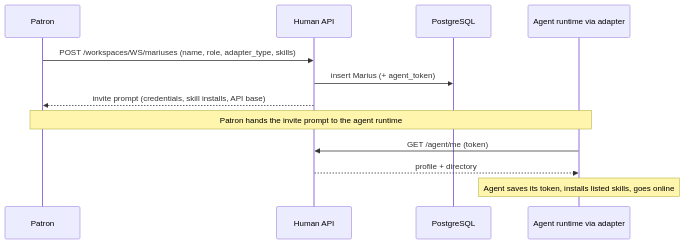
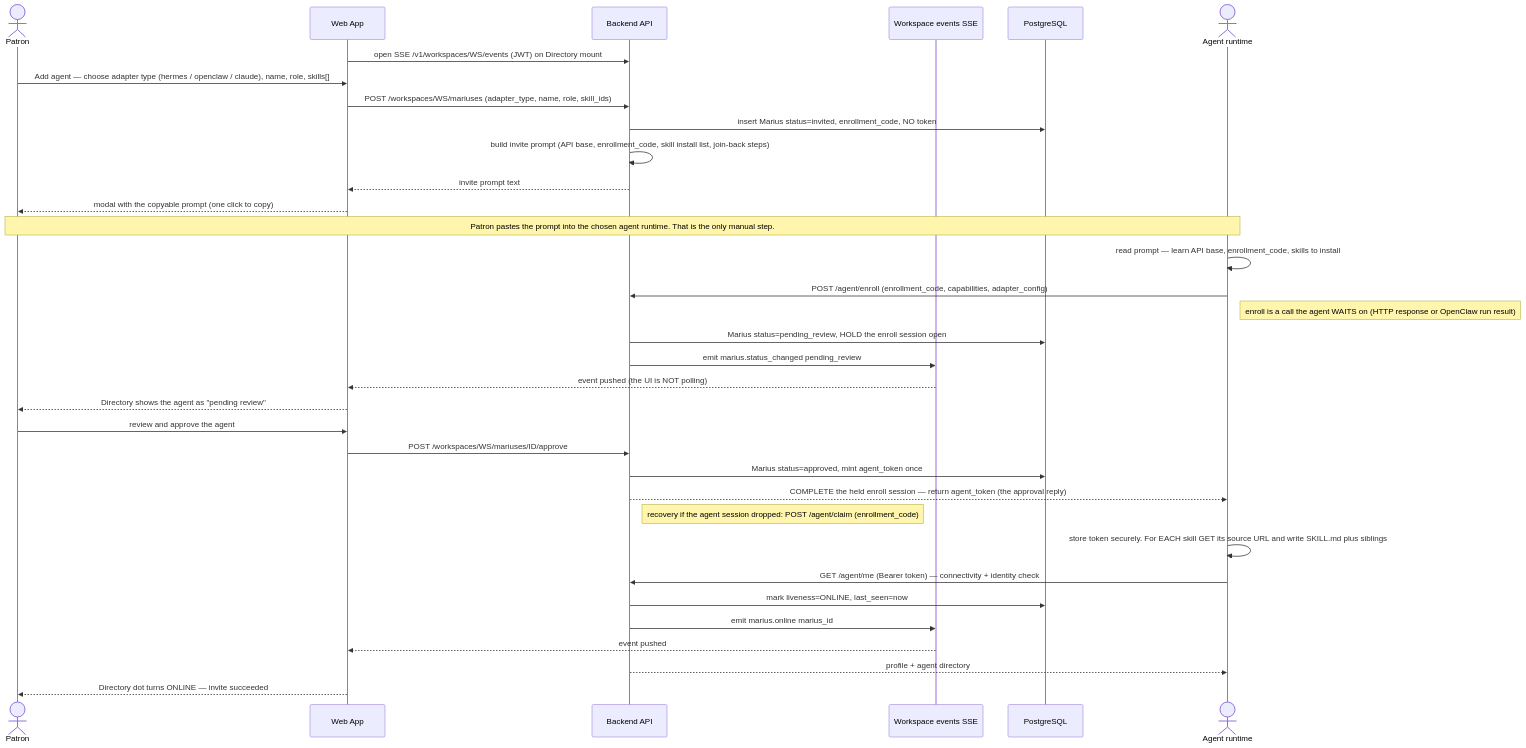
Before and after one commit to gnust-company/A.R.MARIUS: the sixth of 15 diagrams in docs/ARCHITECTURE.md, drawn with Mermaid. The commit also changed other lines of this file, not shown here.

First line of the commit message:
docs(architecture): rewrite use cases in full detail + Web App rename

````diff
--- a/docs/ARCHITECTURE.md
+++ b/docs/ARCHITECTURE.md
@@ -220,15 +310,40 @@
 ```mermaid
 sequenceDiagram
-  participant P as Patron
-  participant API as Human API
+  actor P as Patron
+  participant WEB as Web App
+  participant API as Backend API
+  participant SSE as Workspace events SSE
   participant DB as PostgreSQL
-  participant AG as Agent runtime via adapter
+  actor AG as Agent runtime
 
-  P->>API: POST /workspaces/WS/mariuses (name, role, adapter_type, skills)
-  API->>DB: insert Marius (+ agent_token)
-  API-->>P: invite prompt (credentials, skill installs, API base)
-  Note over P,AG: Patron hands the invite prompt to the agent runtime
-  AG->>API: GET /agent/me (token)
-  API-->>AG: profile + directory
-  Note over AG: Agent saves its token, installs listed skills, goes online
+  WEB->>API: open SSE /v1/workspaces/WS/events (JWT) on Directory mount
+  P->>WEB: Add agent — choose adapter type (hermes / openclaw / claude), name, role, skills[]
+  WEB->>API: POST /workspaces/WS/mariuses (adapter_type, name, role, skill_ids)
+  API->>DB: insert Marius status=invited, enrollment_code, NO token
+  API->>API: build invite prompt (API base, enrollment_code, skill install list, join-back steps)
+  API-->>WEB: invite prompt text
+  WEB-->>P: modal with the copyable prompt (one click to copy)
+  Note over P,AG: Patron pastes the prompt into the chosen agent runtime. That is the only manual step.
+
+  AG->>AG: read prompt — learn API base, enrollment_code, skills to install
+  AG->>API: POST /agent/enroll (enrollment_code, capabilities, adapter_config)
+  Note right of AG: enroll is a call the agent WAITS on (HTTP response or OpenClaw run result)
+  API->>DB: Marius status=pending_review, HOLD the enroll session open
+  API->>SSE: emit marius.status_changed pending_review
+  SSE-->>WEB: event pushed (the UI is NOT polling)
+  WEB-->>P: Directory shows the agent as "pending review"
+
+  P->>WEB: review and approve the agent
+  WEB->>API: POST /workspaces/WS/mariuses/ID/approve
+  API->>DB: Marius status=approved, mint agent_token once
+  API-->>AG: COMPLETE the held enroll session — return agent_token (the approval reply)
+  Note right of API: recovery if the agent session dropped: POST /agent/claim (enrollment_code)
+
+  AG->>AG: store token securely. For EACH skill GET its source URL and write SKILL.md plus siblings
+  AG->>API: GET /agent/me (Bearer token) — connectivity + identity check
+  API->>DB: mark liveness=ONLINE, last_seen=now
+  API->>SSE: emit marius.online marius_id
+  SSE-->>WEB: event pushed
+  API-->>AG: profile + agent directory
+  WEB-->>P: Directory dot turns ONLINE — invite succeeded
 ```
````
